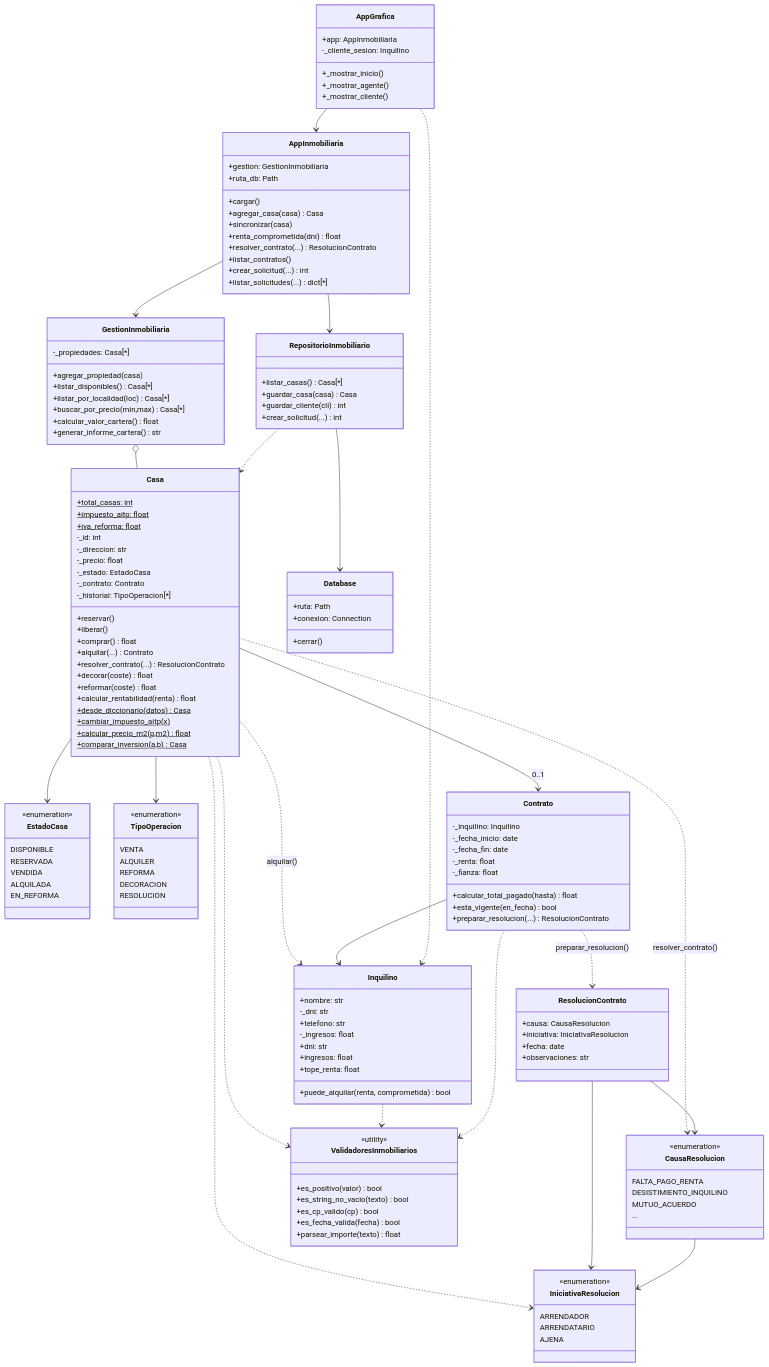
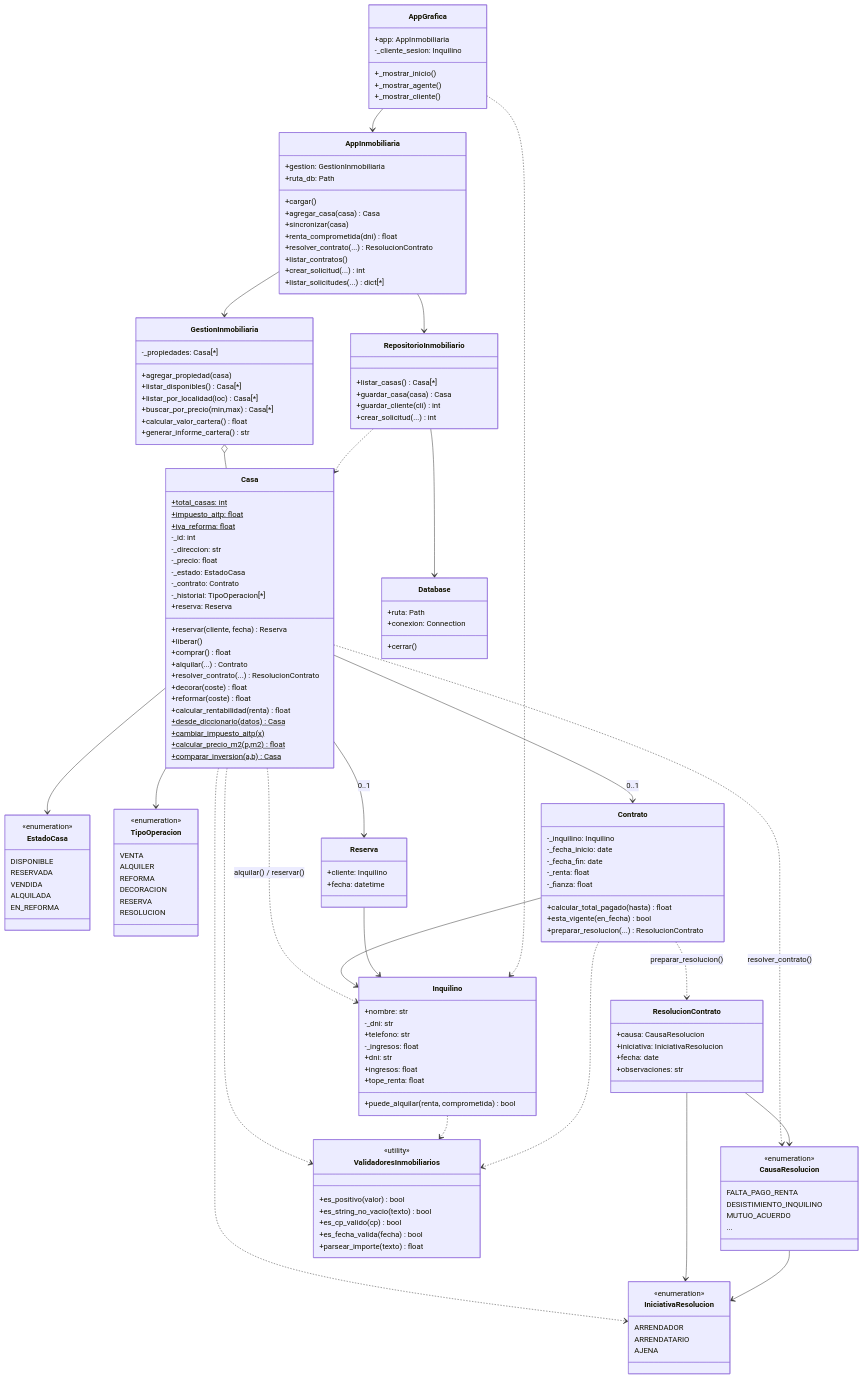
One commit to gracobjo/poo_inmobiliaria changed the first of 7 diagrams in docs/05-diagramas-uml.md. Above: the diagram before and after it, drawn with Mermaid. The commit also changed other lines of this file and 18 other files, not shown here.

```diff
--- a/docs/05-diagramas-uml.md
+++ b/docs/05-diagramas-uml.md
@@ -25,6 +25,7 @@
     ALQUILER
     REFORMA
     DECORACION
+    RESERVA
     RESOLUCION
   }
 
@@ -81,6 +82,11 @@
     +observaciones: str
   }
 
+  class Reserva {
+    +cliente: Inquilino
+    +fecha: datetime
+  }
+
   class Casa {
     +total_casas: int$
     +impuesto_aitp: float$
@@ -91,11 +97,12 @@
     -_estado: EstadoCasa
     -_contrato: Contrato
     -_historial: TipoOperacion[*]
-    +reservar()
+    +reservar(cliente, fecha) Reserva
     +liberar()
     +comprar() float
     +alquilar(...) Contrato
     +resolver_contrato(...) ResolucionContrato
+    +reserva: Reserva
     +decorar(coste) float
     +reformar(coste) float
     +calcular_rentabilidad(renta) float
@@ -152,10 +159,12 @@
   Casa --> EstadoCasa
   Casa --> TipoOperacion
   Casa --> Contrato : 0..1
-  Casa ..> Inquilino : alquilar()
+  Casa --> Reserva : 0..1
+  Casa ..> Inquilino : alquilar() / reservar()
   Casa ..> CausaResolucion : resolver_contrato()
   Casa ..> IniciativaResolucion
   Contrato --> Inquilino
+  Reserva --> Inquilino
   Contrato ..> ResolucionContrato : preparar_resolucion()
   ResolucionContrato --> CausaResolucion
   ResolucionContrato --> IniciativaResolucion
```
